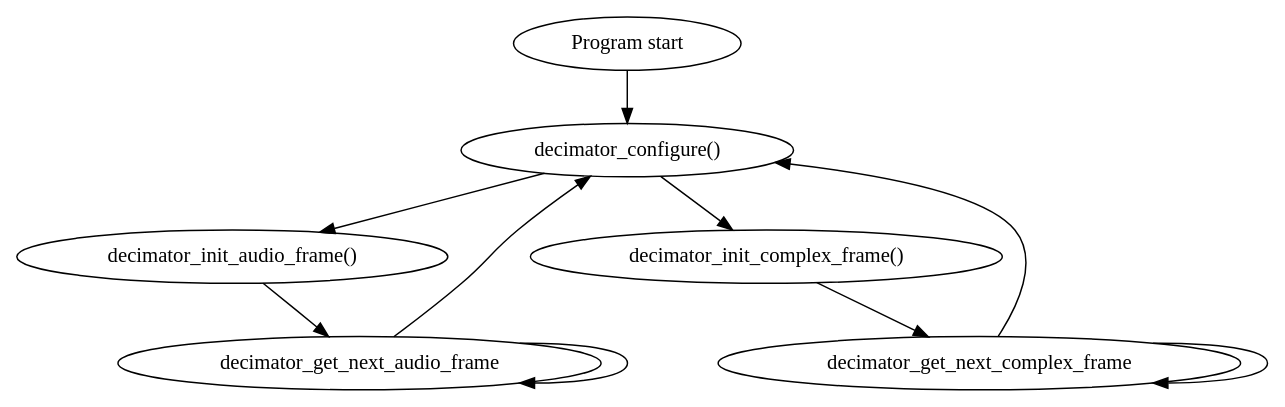
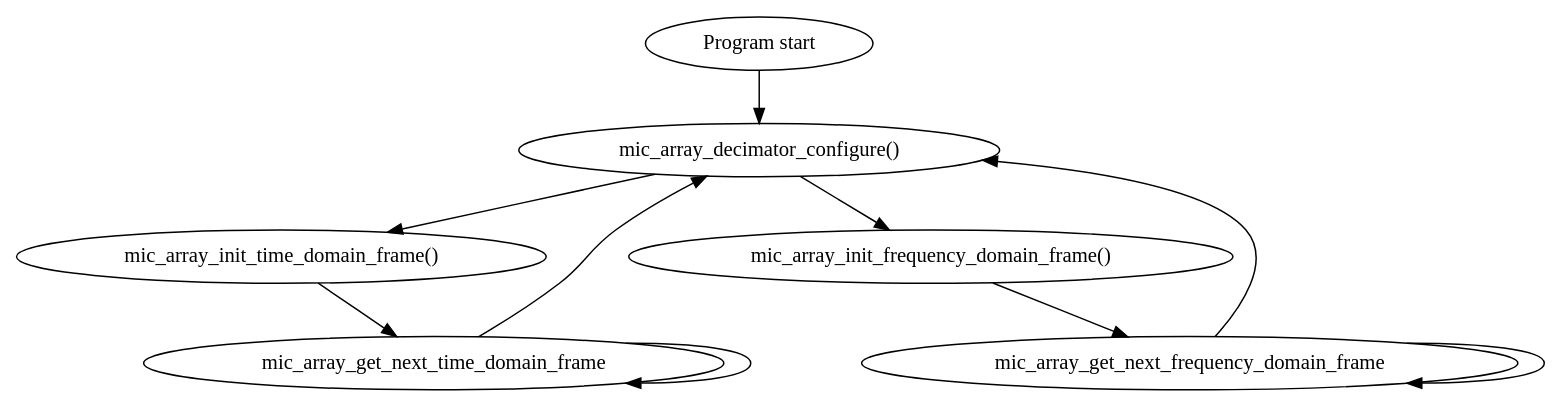
The diagram in lib_mic_array/doc/rst/state_machine.dot (xmos/lib_mic_array), drawn with Graphviz before and after one commit. The commit also changed 15 other files, not shown here.

```diff
--- a/lib_mic_array/doc/rst/state_machine.dot
+++ b/lib_mic_array/doc/rst/state_machine.dot
@@ -1,24 +1,24 @@
 digraph g {
 	
   program_start [label="Program start"];
 
-	decimator_configure [label="decimator_configure()"];
-	decimator_init_audio [label="decimator_init_audio_frame()"];
-	decimator_get_next_audio_frame [label="decimator_get_next_audio_frame"]; 
-	decimator_init_complex [label="decimator_init_complex_frame()"];
-	decimator_get_next_complex_frame [label="decimator_get_next_complex_frame"]; 
+	decimator_configure [label="mic_array_decimator_configure()"];
+	decimator_init_audio [label="mic_array_init_time_domain_frame()"];
+	decimator_get_next_audio_frame [label="mic_array_get_next_time_domain_frame"]; 
+	decimator_init_complex [label="mic_array_init_frequency_domain_frame()"];
+	decimator_get_next_complex_frame [label="mic_array_get_next_frequency_domain_frame"]; 
   
   program_start -> decimator_configure;
 
 	decimator_configure -> decimator_init_audio;
 	decimator_configure -> decimator_init_complex;
 
 	decimator_init_audio -> decimator_get_next_audio_frame;
 	decimator_get_next_audio_frame -> decimator_get_next_audio_frame;
 	decimator_get_next_audio_frame -> decimator_configure
 
 
 	decimator_init_complex -> decimator_get_next_complex_frame;
 	decimator_get_next_complex_frame -> decimator_get_next_complex_frame;
 	decimator_get_next_complex_frame -> decimator_configure
 }
```
